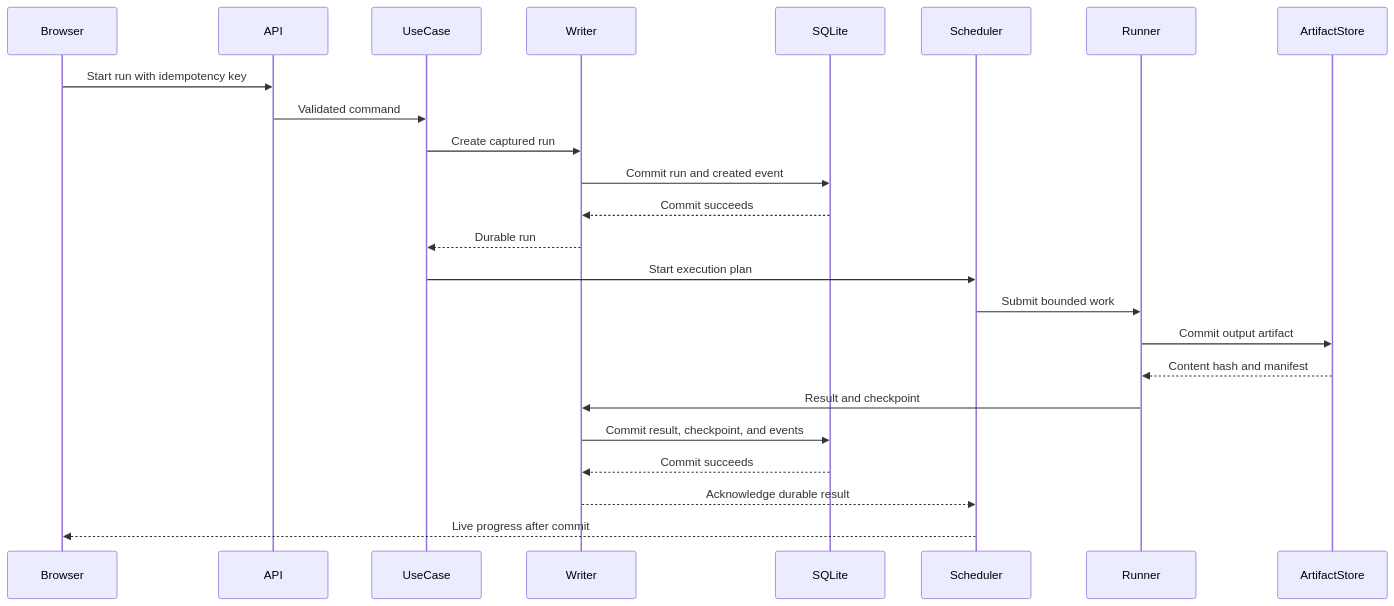
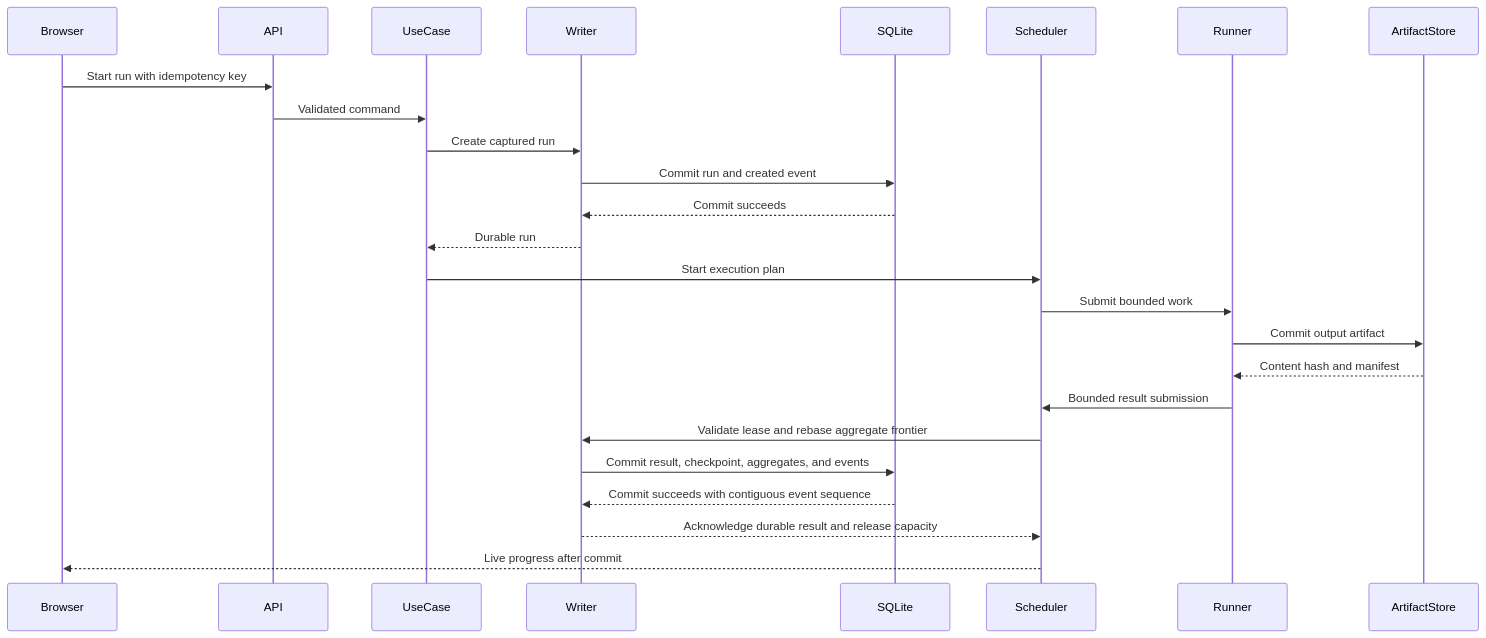
Before and after one commit to Elia-Youssef/paritygrid: the second of 2 diagrams in docs/ARCHITECTURE.md, drawn with Mermaid. The commit also changed other lines of this file and 29 other files, not shown here.

````diff
--- a/docs/ARCHITECTURE.md
+++ b/docs/ARCHITECTURE.md
@@ -172,27 +191,28 @@
 ```mermaid
 sequenceDiagram
     participant Browser
     participant API
     participant UseCase
     participant Writer
     participant SQLite
     participant Scheduler
     participant Runner
     participant ArtifactStore
 
     Browser->>API: Start run with idempotency key
     API->>UseCase: Validated command
     UseCase->>Writer: Create captured run
     Writer->>SQLite: Commit run and created event
     SQLite-->>Writer: Commit succeeds
     Writer-->>UseCase: Durable run
     UseCase->>Scheduler: Start execution plan
     Scheduler->>Runner: Submit bounded work
     Runner->>ArtifactStore: Commit output artifact
     ArtifactStore-->>Runner: Content hash and manifest
-    Runner->>Writer: Result and checkpoint
-    Writer->>SQLite: Commit result, checkpoint, and events
-    SQLite-->>Writer: Commit succeeds
-    Writer-->>Scheduler: Acknowledge durable result
+    Runner->>Scheduler: Bounded result submission
+    Scheduler->>Writer: Validate lease and rebase aggregate frontier
+    Writer->>SQLite: Commit result, checkpoint, aggregates, and events
+    SQLite-->>Writer: Commit succeeds with contiguous event sequence
+    Writer-->>Scheduler: Acknowledge durable result and release capacity
     Scheduler-->>Browser: Live progress after commit
 ```
````
